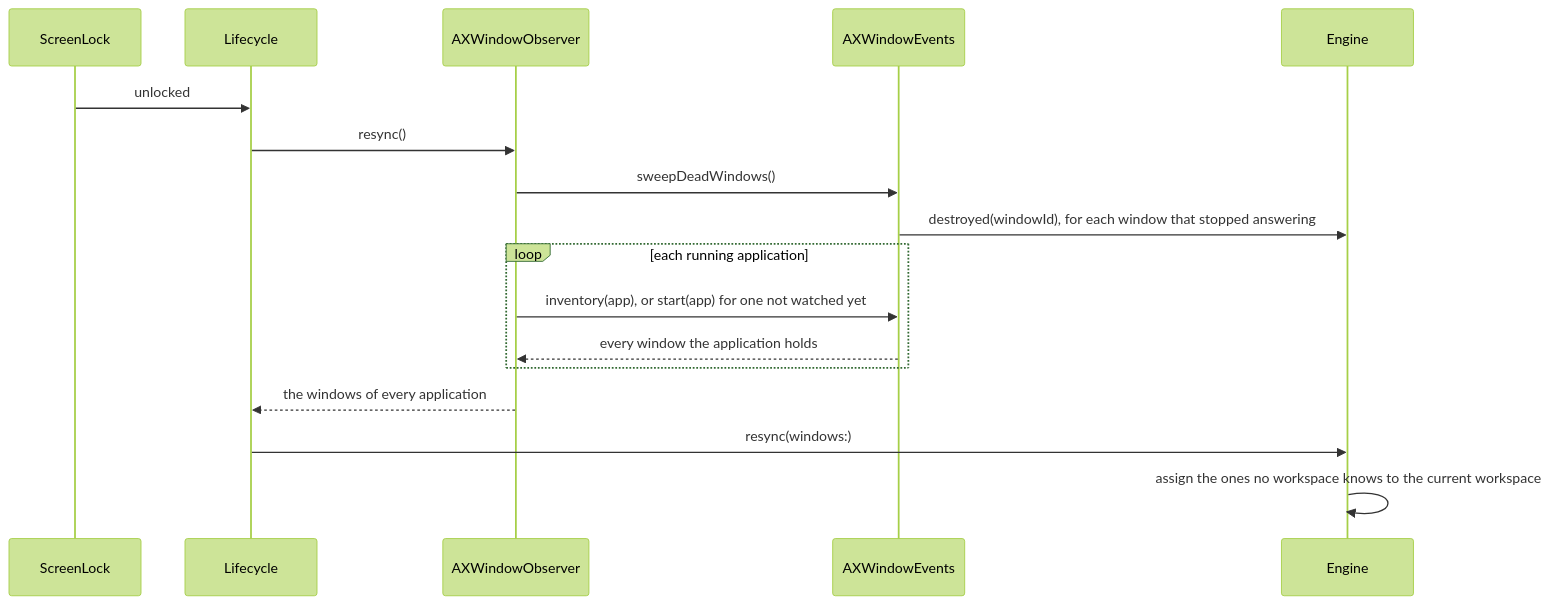
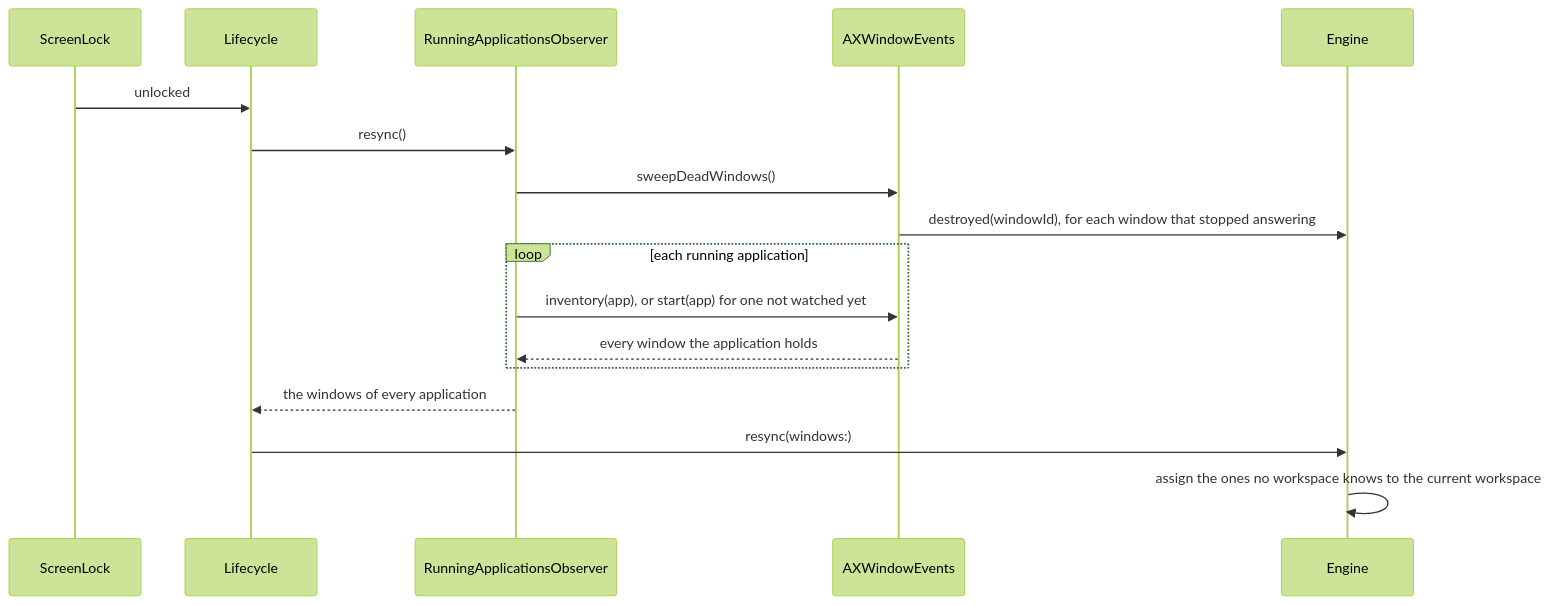
Before and after one commit to brennovich/ottowm: diagram 15 of 18 in ARCHITECTURE.md, drawn with Mermaid (forest theme). The commit also changed other lines of this file and 5 other files, not shown here.

First line of the commit message:
Rename AXWindowObserver to RunningApplicationsObserver

````diff
--- a/ARCHITECTURE.md
+++ b/ARCHITECTURE.md
@@ -333,14 +333,14 @@
 ```mermaid
 sequenceDiagram
     ScreenLock->>Lifecycle: unlocked
-    Lifecycle->>AXWindowObserver: resync()
-    AXWindowObserver->>AXWindowEvents: sweepDeadWindows()
+    Lifecycle->>RunningApplicationsObserver: resync()
+    RunningApplicationsObserver->>AXWindowEvents: sweepDeadWindows()
     AXWindowEvents->>Engine: destroyed(windowId), for each window that stopped answering
     loop each running application
-        AXWindowObserver->>AXWindowEvents: inventory(app), or start(app) for one not watched yet
-        AXWindowEvents-->>AXWindowObserver: every window the application holds
+        RunningApplicationsObserver->>AXWindowEvents: inventory(app), or start(app) for one not watched yet
+        AXWindowEvents-->>RunningApplicationsObserver: every window the application holds
     end
-    AXWindowObserver-->>Lifecycle: the windows of every application
+    RunningApplicationsObserver-->>Lifecycle: the windows of every application
     Lifecycle->>Engine: resync(windows:)
     Engine->>Engine: assign the ones no workspace knows to the current workspace
 ```
````
